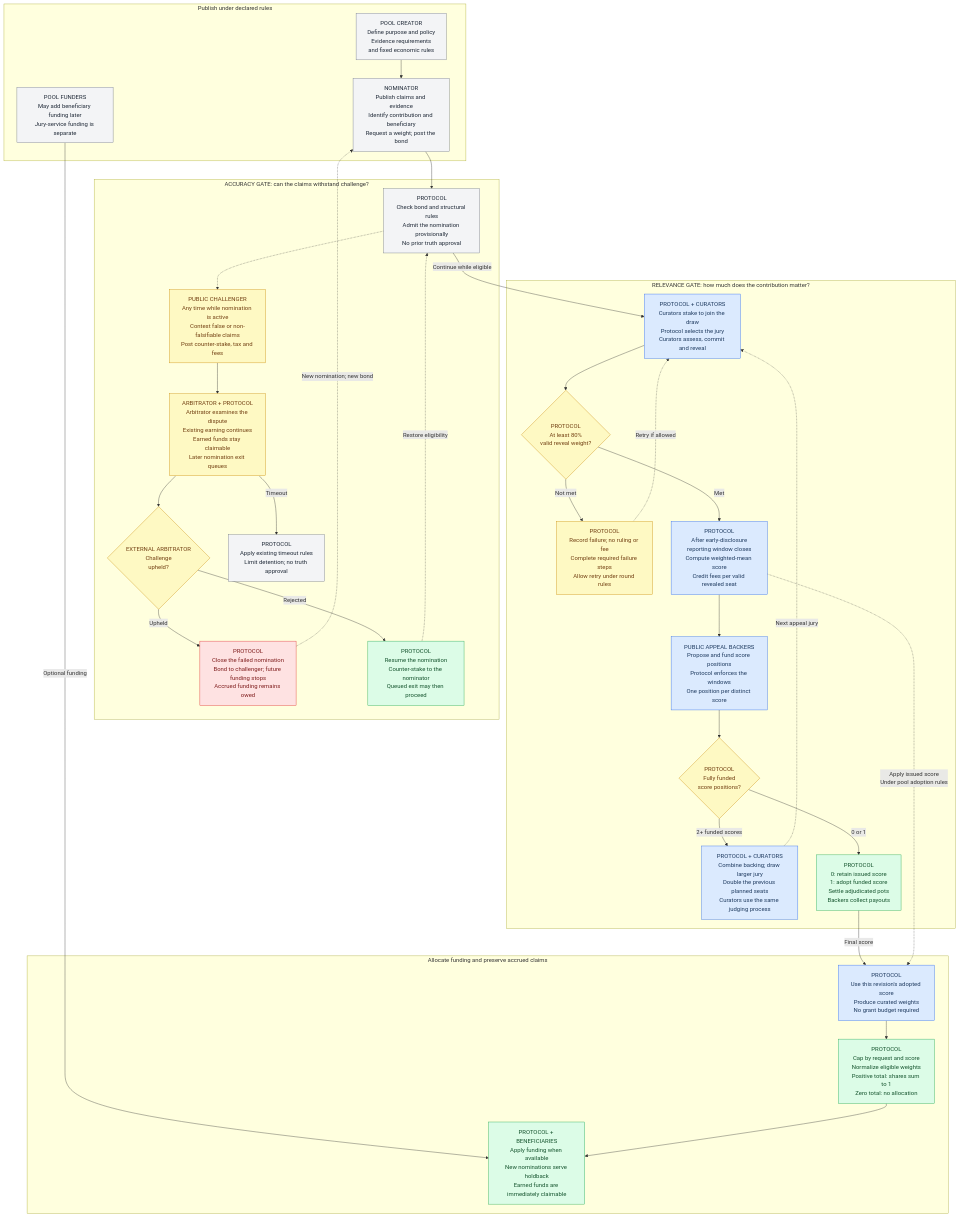
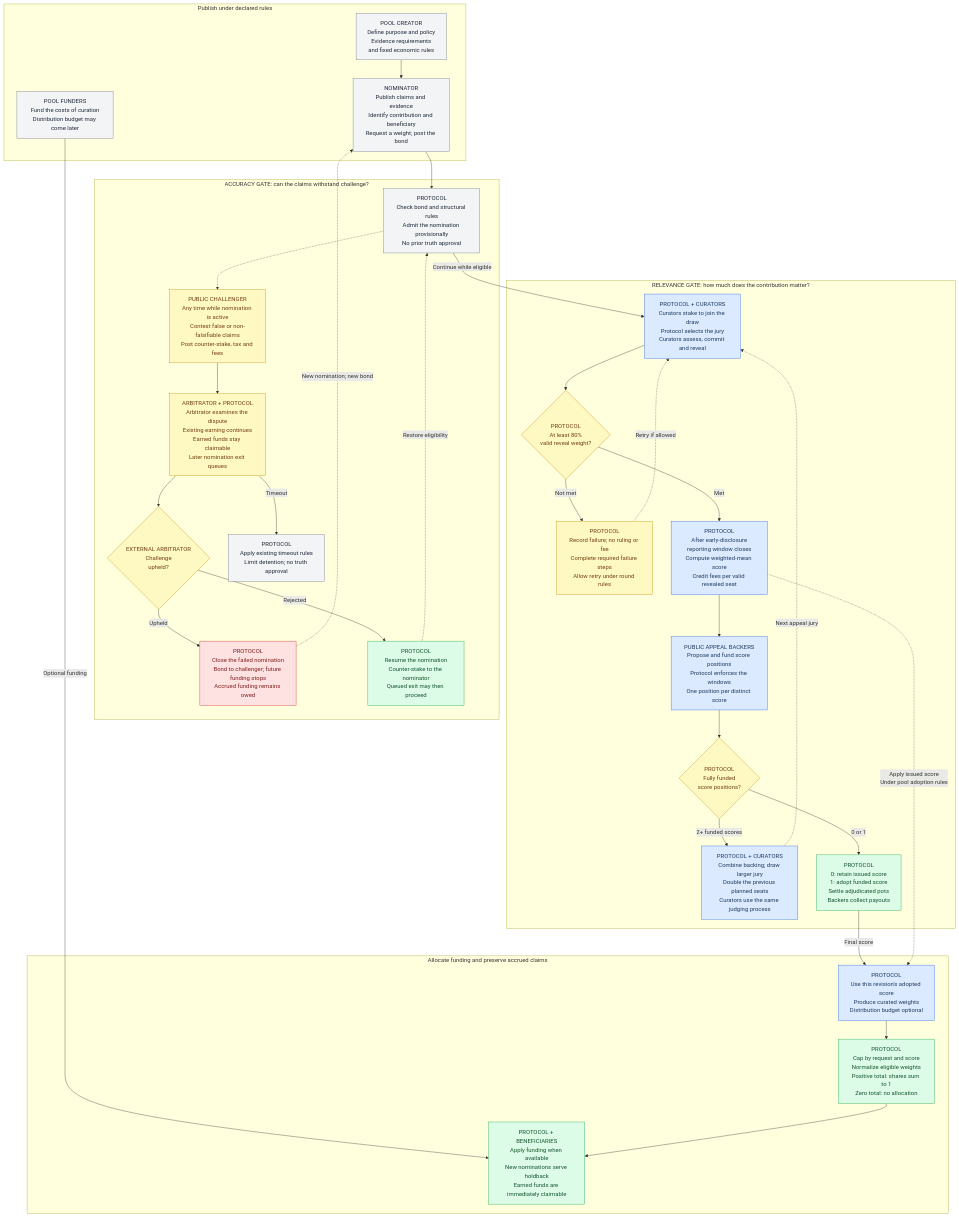
One commit to 0xferit/decentralized-curation changed the diagram in docs/pgf-workflow.md. Above: the diagram before and after it, drawn with Mermaid. The commit also changed other lines of this file and 14 other files, not shown here.

Commit message:
docs: clarify curation and distribution funding

````diff
--- a/docs/pgf-workflow.md
+++ b/docs/pgf-workflow.md
@@ -7,69 +7,69 @@
 ```mermaid
 flowchart TB
     accTitle: Public-goods funding application workflow
     accDescr: An ongoing-funding application of the broader Decentralized Curation framework. Nominations remain subject to accuracy challenges while relevance juries and appeals produce scores that determine eligible funding weights, accrual and beneficiary claims.
     subgraph publication["Publish under declared rules"]
         define_policy["POOL CREATOR<br/>Define purpose and policy<br/>Evidence requirements<br/>and fixed economic rules"]
         publish_nomination["NOMINATOR<br/>Publish claims and evidence<br/>Identify contribution and beneficiary<br/>Request a weight; post the bond"]
-        fund_pool["POOL FUNDERS<br/>May add beneficiary funding later<br/>Jury-service funding is separate"]
+        fund_pool["POOL FUNDERS<br/>Fund the costs of curation<br/>Distribution budget may come later"]
     end
     subgraph accuracy_gate["ACCURACY GATE: can the claims withstand challenge?"]
         provisional_eligibility["PROTOCOL<br/>Check bond and structural rules<br/>Admit the nomination provisionally<br/>No prior truth approval"]
         file_challenge["PUBLIC CHALLENGER<br/>Any time while nomination is active<br/>Contest false or non-falsifiable claims<br/>Post counter-stake, tax and fees"]
         external_arbitration["ARBITRATOR + PROTOCOL<br/>Arbitrator examines the dispute<br/>Existing earning continues<br/>Earned funds stay claimable<br/>Later nomination exit queues"]
         challenge_upheld{"EXTERNAL ARBITRATOR<br/>Challenge<br/>upheld?"}
         close_nomination["PROTOCOL<br/>Close the failed nomination<br/>Bond to challenger; future funding stops<br/>Accrued funding remains owed"]
         resume_nomination["PROTOCOL<br/>Resume the nomination<br/>Counter-stake to the nominator<br/>Queued exit may then proceed"]
         arbitration_timeout["PROTOCOL<br/>Apply existing timeout rules<br/>Limit detention; no truth approval"]
     end
     subgraph relevance_gate["RELEVANCE GATE: how much does the contribution matter?"]
         draw_jury["PROTOCOL + CURATORS<br/>Curators stake to join the draw<br/>Protocol selects the jury<br/>Curators assess, commit and reveal"]
         sufficient_quorum{"PROTOCOL<br/>At least 80%<br/>valid reveal weight?"}
         failed_round["PROTOCOL<br/>Record failure; no ruling or fee<br/>Complete required failure steps<br/>Allow retry under round rules"]
         issue_ruling["PROTOCOL<br/>After early-disclosure<br/>reporting window closes<br/>Compute weighted-mean score<br/>Credit fees per valid revealed seat"]
         open_appeal["PUBLIC APPEAL BACKERS<br/>Propose and fund score positions<br/>Protocol enforces the windows<br/>One position per distinct score"]
         funded_positions{"PROTOCOL<br/>Fully funded<br/>score positions?"}
         larger_jury["PROTOCOL + CURATORS<br/>Combine backing; draw larger jury<br/>Double the previous planned seats<br/>Curators use the same judging process"]
         final_score["PROTOCOL<br/>0: retain issued score<br/>1: adopt funded score<br/>Settle adjudicated pots<br/>Backers collect payouts"]
     end
     subgraph funding["Allocate funding and preserve accrued claims"]
-        adopt_funding_score["PROTOCOL<br/>Use this revision's adopted score<br/>Produce curated weights<br/>No grant budget required"]
+        adopt_funding_score["PROTOCOL<br/>Use this revision's adopted score<br/>Produce curated weights<br/>Distribution budget optional"]
         compute_funding_weight["PROTOCOL<br/>Cap by request and score<br/>Normalize eligible weights<br/>Positive total: shares sum to 1<br/>Zero total: no allocation"]
         allocate_funding["PROTOCOL + BENEFICIARIES<br/>Apply funding when available<br/>New nominations serve holdback<br/>Earned funds are immediately claimable"]
     end
     define_policy --> publish_nomination
     fund_pool -->|Optional funding| allocate_funding
     publish_nomination --> provisional_eligibility
     provisional_eligibility -->|Continue while eligible| draw_jury
     provisional_eligibility -.-> file_challenge
     file_challenge --> external_arbitration
     external_arbitration --> challenge_upheld
     external_arbitration -->|Timeout| arbitration_timeout
     challenge_upheld -->|Upheld| close_nomination
     challenge_upheld -->|Rejected| resume_nomination
     resume_nomination -.->|Restore eligibility| provisional_eligibility
     close_nomination -.->|New nomination; new bond| publish_nomination
     draw_jury --> sufficient_quorum
     sufficient_quorum -->|Not met| failed_round
     failed_round -.->|Retry if allowed| draw_jury
     sufficient_quorum -->|Met| issue_ruling
     issue_ruling --> open_appeal
     open_appeal --> funded_positions
     funded_positions -->|2+ funded scores| larger_jury
     larger_jury -.->|Next appeal jury| draw_jury
     funded_positions -->|0 or 1| final_score
     final_score -->|Final score| adopt_funding_score
     issue_ruling -.->|Apply issued score<br/>Under pool adoption rules| adopt_funding_score
     adopt_funding_score --> compute_funding_weight
     compute_funding_weight --> allocate_funding
     classDef neutral fill:#f3f4f6,stroke:#6b7280,color:#1f2937
     classDef assess fill:#dbeafe,stroke:#2563eb,color:#1e3a5f
     classDef decision fill:#fef9c3,stroke:#ca8a04,color:#713f12
     classDef outcome fill:#dcfce7,stroke:#16a34a,color:#14532d
     classDef closed fill:#fee2e2,stroke:#dc2626,color:#7f1d1d
     class define_policy,publish_nomination,fund_pool,arbitration_timeout,provisional_eligibility neutral
     class draw_jury,issue_ruling,open_appeal,larger_jury,adopt_funding_score assess
     class file_challenge,external_arbitration,challenge_upheld,sufficient_quorum,funded_positions,failed_round decision
     class resume_nomination,final_score,compute_funding_weight,allocate_funding outcome
     class close_nomination closed
 ```
````
